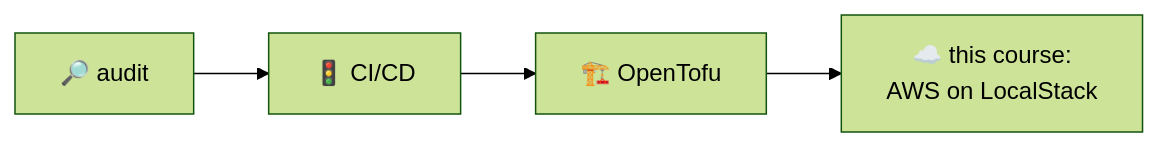
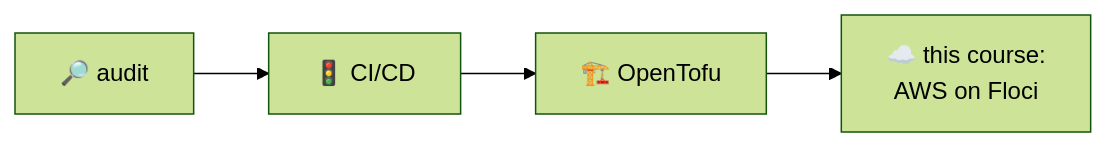
The second of 2 diagrams in aws_localstack/README.md (RahulHalpati/learning_docs), drawn with Mermaid (forest theme) before and after one commit. The commit also changed other lines of this file and 154 other files, not shown here.

````diff
--- a/aws_localstack/README.md
+++ b/aws_localstack/README.md
@@ -64,5 +65,5 @@
 ```mermaid
 flowchart LR
     AUD[🔎 audit] --> CI[🚦 CI/CD] --> TF[🏗️ OpenTofu]
-    TF --> LS[☁️ this course:<br/>AWS on LocalStack]
+    TF --> LS[☁️ this course:<br/>AWS on Floci]
 ```
````
